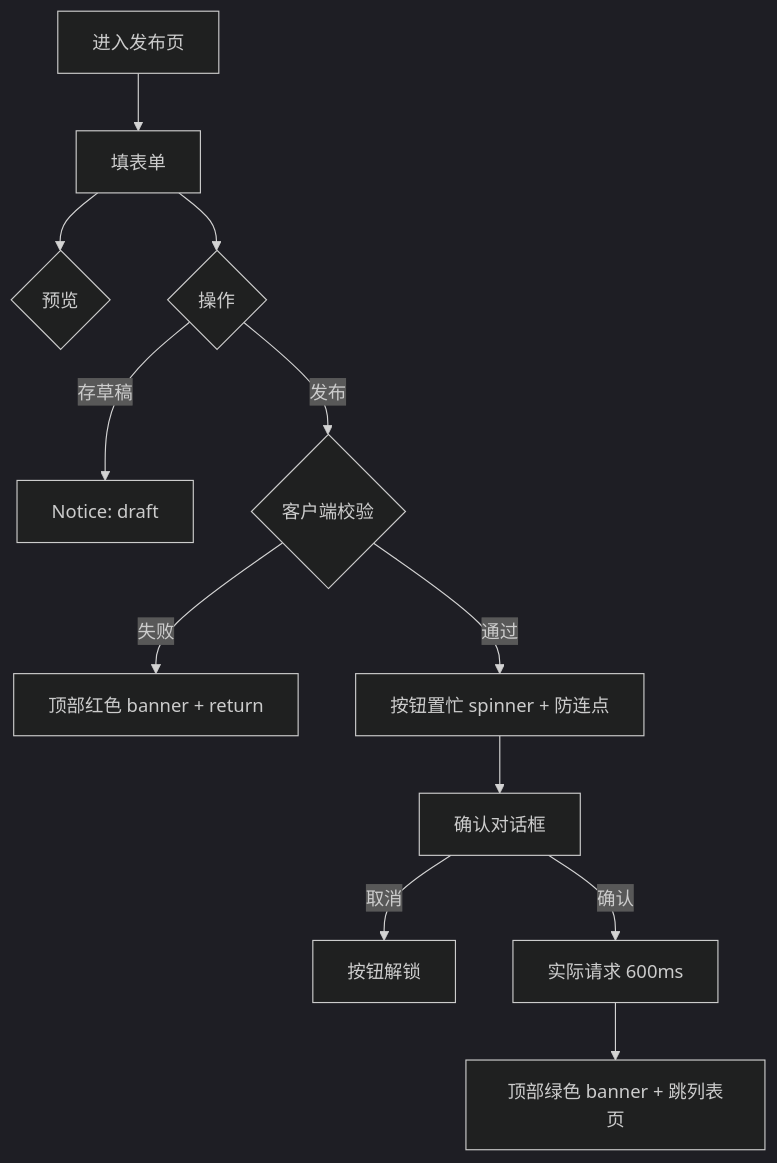
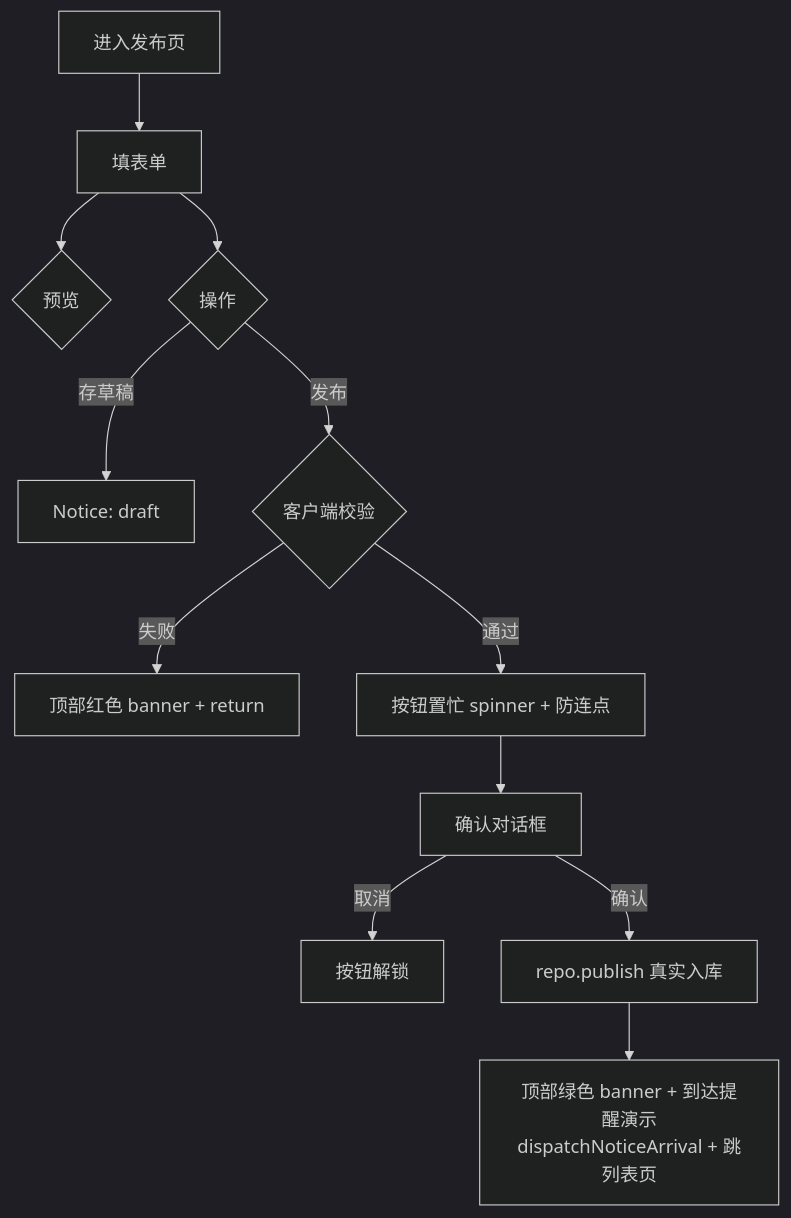
One commit to BruceChu0424/utenelec_imp changed the diagram in docs/03-页面/通知发布页.md. Above: the diagram before and after it, drawn with Mermaid (dark theme). The commit also changed other lines of this file and 158 other files, not shown here.

````diff
--- a/docs/03-页面/通知发布页.md
+++ b/docs/03-页面/通知发布页.md
@@ -72,14 +86,14 @@
 ```mermaid
 flowchart TD
     A[进入发布页] --> F[填表单]
     F --> PV{预览}
     F --> OP{操作}
     OP -->|存草稿| D[Notice: draft]
     OP -->|发布| V{客户端校验}
     V -->|失败| E1[顶部红色 banner + return]
     V -->|通过| B[按钮置忙 spinner + 防连点]
     B --> CF[确认对话框]
     CF -->|取消| E2[按钮解锁]
-    CF -->|确认| API[实际请求 600ms]
-    API --> E3[顶部绿色 banner + 跳列表页]
+    CF -->|确认| API[repo.publish 真实入库]
+    API --> E3[顶部绿色 banner + 到达提醒演示<br/>dispatchNoticeArrival + 跳列表页]
 ```
````
